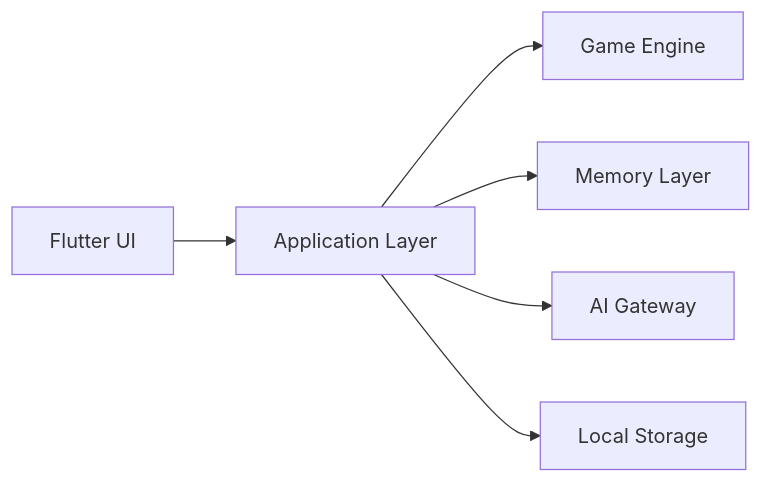
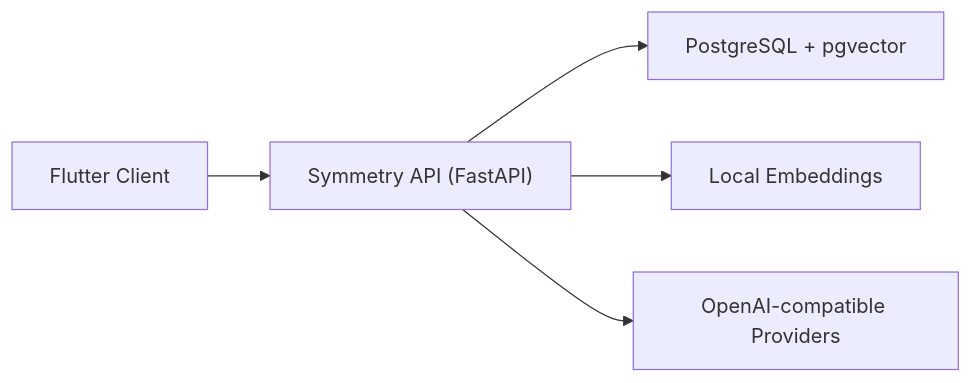
The first of 3 diagrams in Architecture.md (svc-alexey/AI_RPG), drawn with Mermaid before and after one commit. The commit also changed other lines of this file and 108 other files, not shown here.

Commit message:
Implement server-first symmetry backend and remove legacy local flow

````diff
--- a/Architecture.md
+++ b/Architecture.md
@@ -5,15 +5,13 @@
 ```mermaid
 flowchart LR
-    UI["Flutter UI"]
-    APP["Application Layer"]
-    ENGINE["Game Engine"]
-    MEMORY["Memory Layer"]
-    AI["AI Gateway"]
-    STORE["Local Storage"]
+    UI["Flutter Client"]
+    API["Symmetry API (FastAPI)"]
+    DB["PostgreSQL + pgvector"]
+    EMB["Local Embeddings"]
+    LLM["OpenAI-compatible Providers"]
 
-    UI --> APP
-    APP --> ENGINE
-    APP --> MEMORY
-    APP --> AI
-    APP --> STORE
+    UI --> API
+    API --> DB
+    API --> EMB
+    API --> LLM
 ```
````
